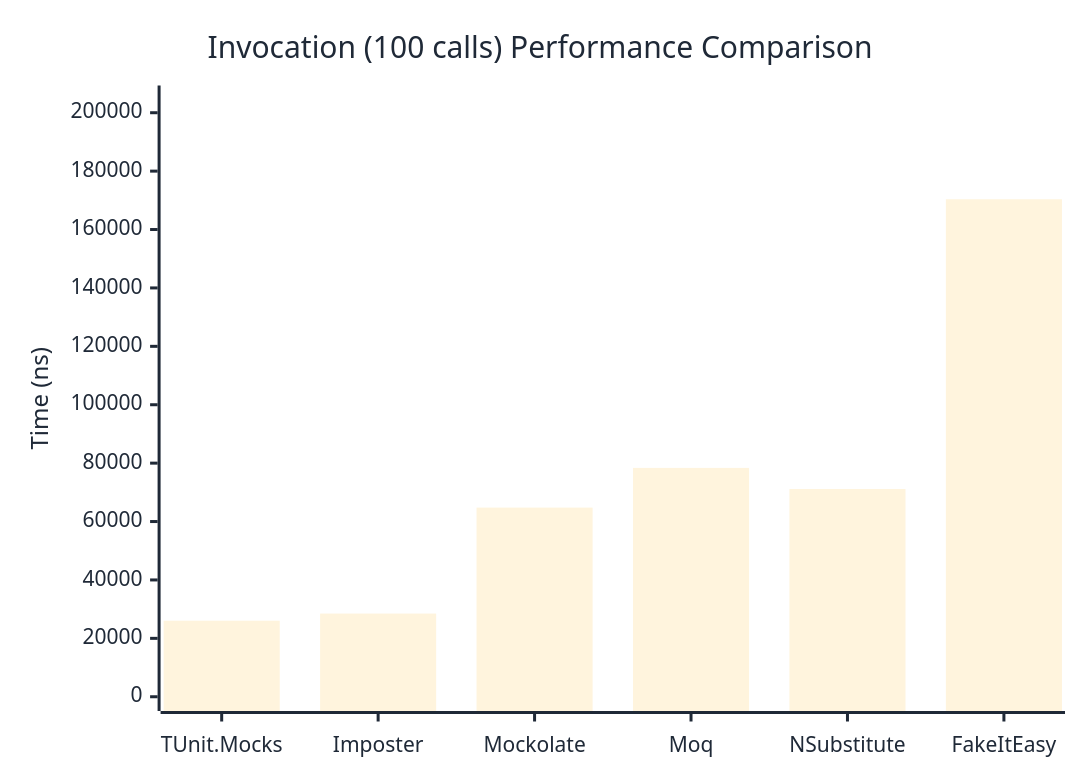
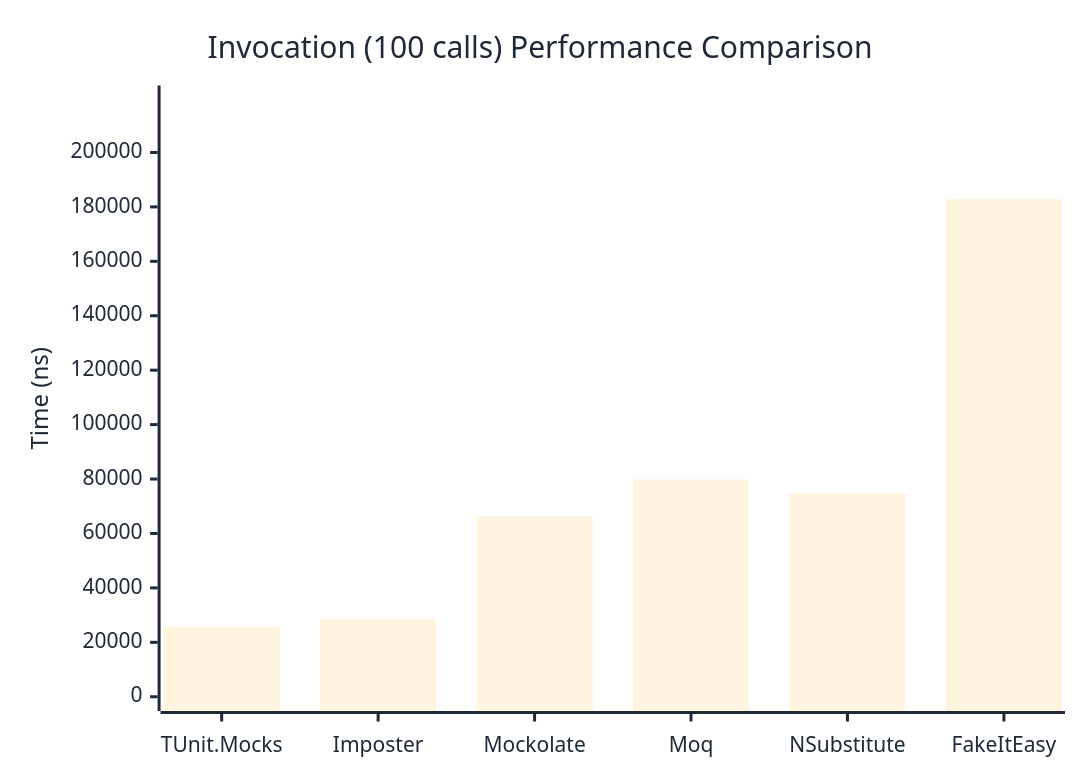
The third of 3 diagrams in docs/docs/benchmarks/mocks/Invocation.md (thomhurst/TUnit), drawn with Mermaid before and after one commit. The commit also changed other lines of this file and 14 other files, not shown here.

````diff
--- a/docs/docs/benchmarks/mocks/Invocation.md
+++ b/docs/docs/benchmarks/mocks/Invocation.md
@@ -110,27 +110,27 @@
 ```mermaid
 %%{init: {
   'theme':'base',
   'themeVariables': {
     'primaryColor': '#2563eb',
     'primaryTextColor': '#1f2937',
     'primaryBorderColor': '#1e40af',
     'lineColor': '#6b7280',
     'secondaryColor': '#7c3aed',
     'tertiaryColor': '#dc2626',
     'background': '#ffffff',
     'pie1': '#2563eb',
     'pie2': '#7c3aed',
     'pie3': '#dc2626',
     'pie4': '#f59e0b',
     'pie5': '#10b981',
     'pie6': '#06b6d4',
     'pie7': '#ec4899',
     'pie8': '#6366f1'
   }
 }}%%
 xychart-beta
   title "Invocation (100 calls) Performance Comparison"
   x-axis ["TUnit.Mocks", "Imposter", "Mockolate", "Moq", "NSubstitute", "FakeItEasy"]
-  y-axis "Time (ns)" 0 --> 204443
-  bar [26043.7, 28485.7, 64778.2, 78367.9, 71134, 170368.5]
+  y-axis "Time (ns)" 0 --> 219371
+  bar [25713.5, 28487.4, 66299.9, 79836.2, 74687.4, 182809.1]
 ```
````
